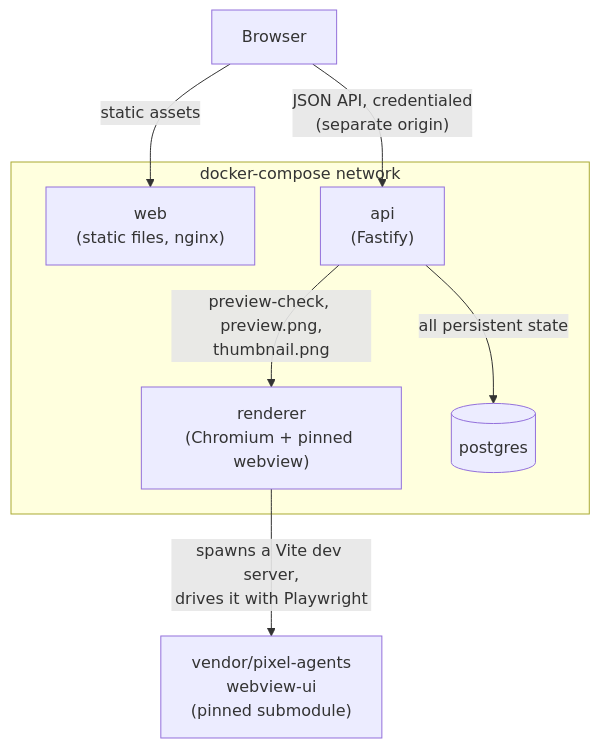
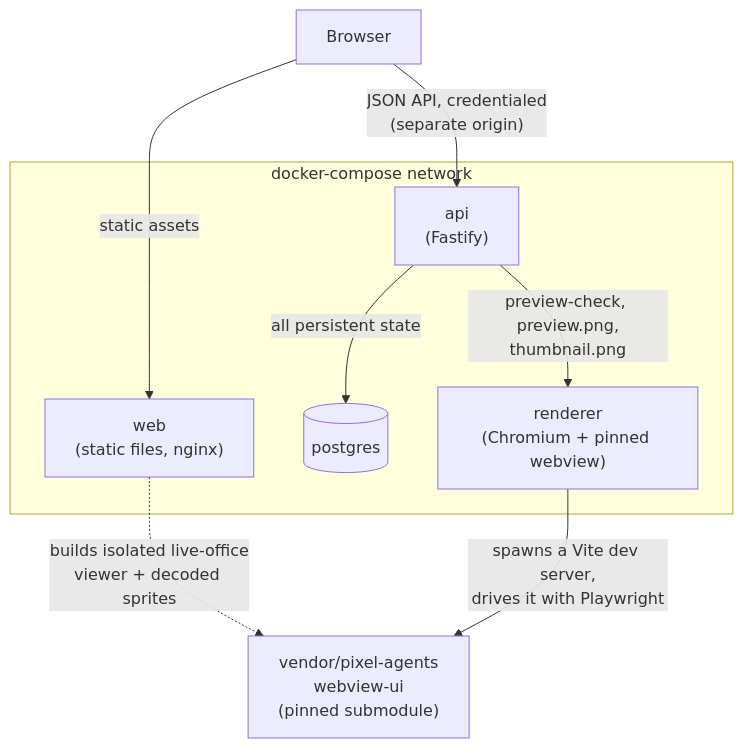
The diagram in docs/ARCHITECTURE.md (NNTin/pixel-index), drawn with Mermaid before and after one commit. The commit also changed other lines of this file and 28 other files, not shown here.

Commit message:
feat(web): add live layout detail previews

````diff
--- a/docs/ARCHITECTURE.md
+++ b/docs/ARCHITECTURE.md
@@ -26,19 +26,20 @@
 ```mermaid
 flowchart TB
     browser["Browser"]
 
     subgraph compose["docker-compose network"]
         web["web<br/>(static files, nginx)"]
         api["api<br/>(Fastify)"]
         renderer["renderer<br/>(Chromium + pinned webview)"]
         postgres[("postgres")]
     end
 
     upstream["vendor/pixel-agents<br/>webview-ui<br/>(pinned submodule)"]
 
     browser -- "static assets" --> web
     browser -- "JSON API, credentialed<br/>(separate origin)" --> api
     api -- "all persistent state" --> postgres
     api -- "preview-check, preview.png,<br/>thumbnail.png" --> renderer
     renderer -- "spawns a Vite dev server,<br/>drives it with Playwright" --> upstream
+    web -. "builds isolated live-office<br/>viewer + decoded sprites" .-> upstream
 ```
````
